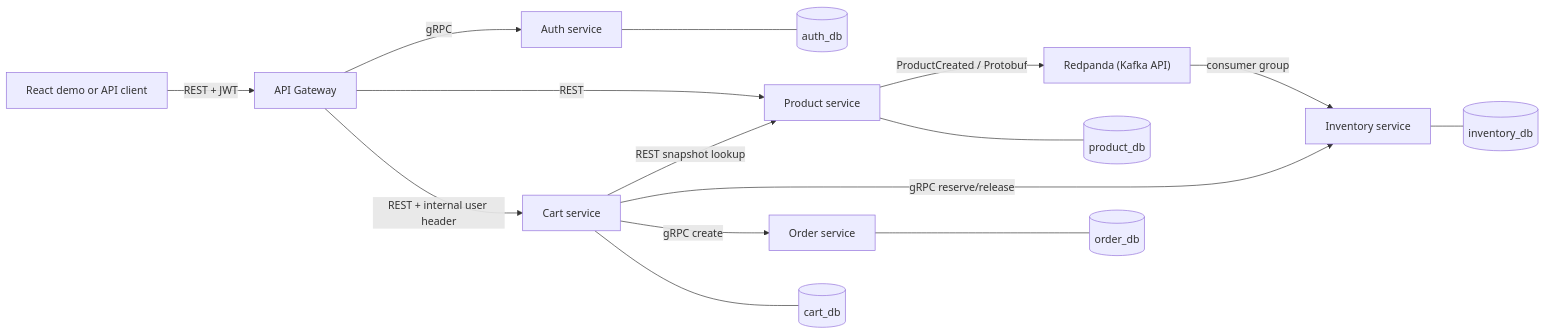
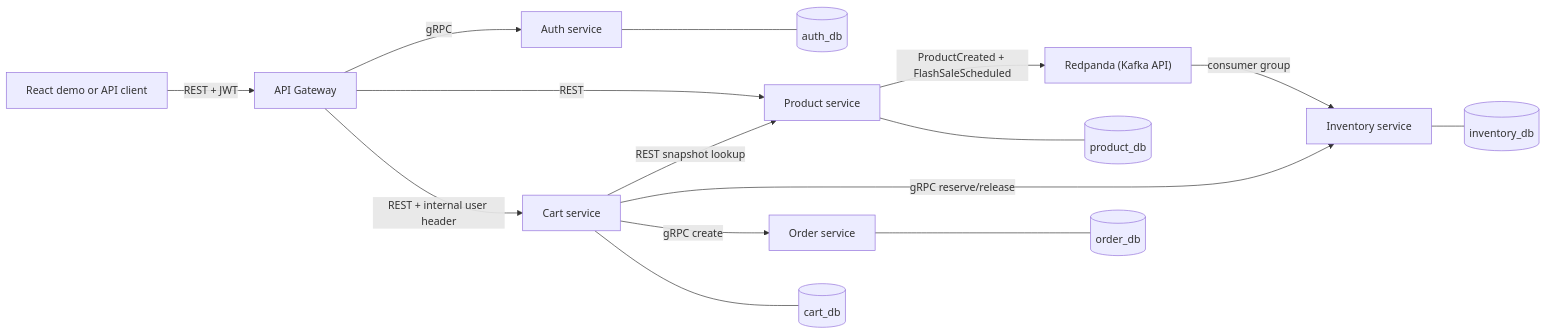
Before and after one commit to kiettle/e-commerce-clone: the diagram in README.md, drawn with Mermaid. The commit also changed other lines of this file and 60 other files, not shown here.

````diff
--- a/README.md
+++ b/README.md
@@ -28,18 +28,18 @@
 ```mermaid
 flowchart LR
     Browser["React demo or API client"] -->|REST + JWT| Gateway["API Gateway"]
     Gateway -->|gRPC| Auth["Auth service"]
     Gateway -->|REST| Product["Product service"]
     Gateway -->|REST + internal user header| Cart["Cart service"]
     Cart -->|REST snapshot lookup| Product
     Cart -->|gRPC reserve/release| Inventory["Inventory service"]
     Cart -->|gRPC create| Order["Order service"]
-    Product -->|ProductCreated / Protobuf| Kafka["Redpanda (Kafka API)"]
+    Product -->|ProductCreated + FlashSaleScheduled| Kafka["Redpanda (Kafka API)"]
     Kafka -->|consumer group| Inventory
 
     Auth --- AuthDb[("auth_db")]
     Product --- ProductDb[("product_db")]
     Cart --- CartDb[("cart_db")]
     Inventory --- InventoryDb[("inventory_db")]
     Order --- OrderDb[("order_db")]
 ```
````
